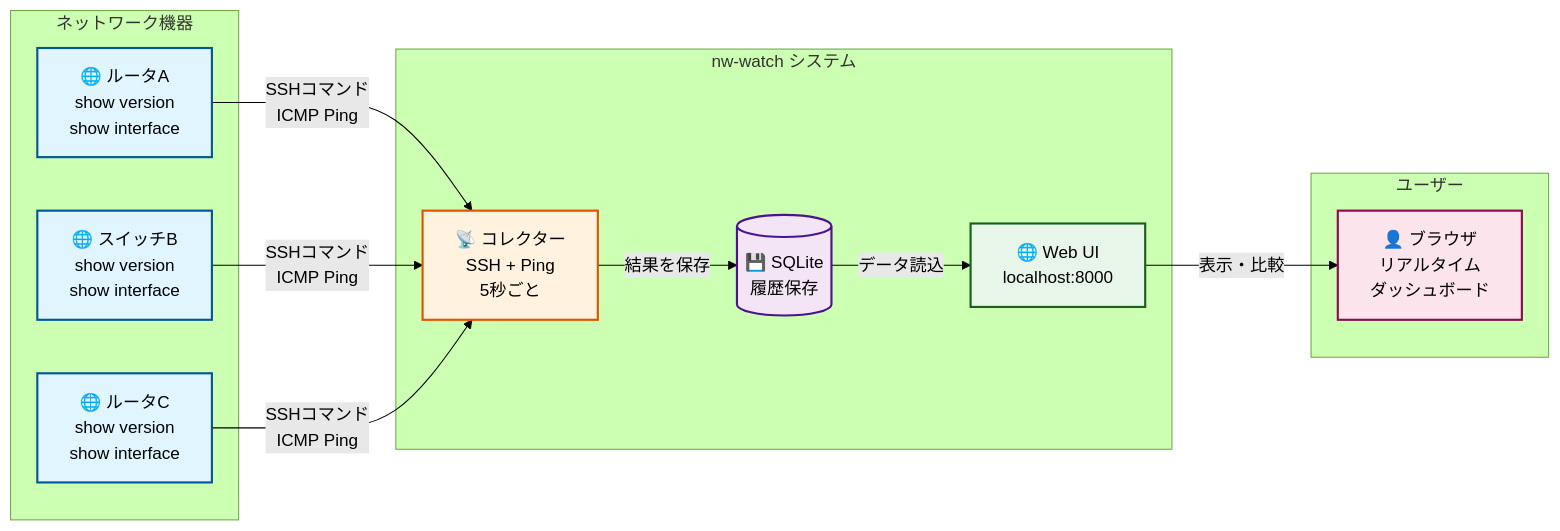
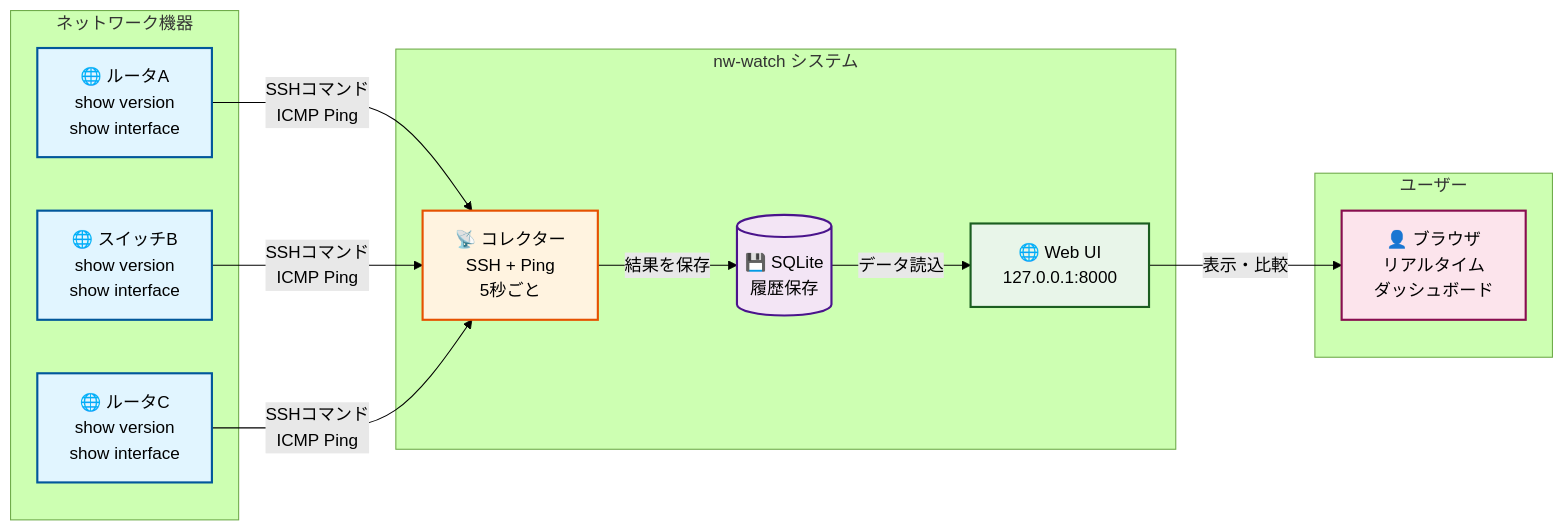
One commit to icecake0141/nw-watch changed the diagram in docs/README.ja.md. Above: the diagram before and after it, drawn with Mermaid (forest theme). The commit also changed other lines of this file and 4 other files, not shown here.

````diff
--- a/docs/README.ja.md
+++ b/docs/README.ja.md
@@ -22,33 +22,33 @@
 ```mermaid
 graph LR
     subgraph "ネットワーク機器"
         D1[🌐 ルータA<br/>show version<br/>show interface]
         D2[🌐 スイッチB<br/>show version<br/>show interface]
         D3[🌐 ルータC<br/>show version<br/>show interface]
     end
     
     subgraph "nw-watch システム"
         C[📡 コレクター<br/>SSH + Ping<br/>5秒ごと]
         DB[(💾 SQLite<br/>履歴保存)]
-        W[🌐 Web UI<br/>localhost:8000]
+        W[🌐 Web UI<br/>127.0.0.1:8000]
     end
     
     subgraph "ユーザー"
         B[👤 ブラウザ<br/>リアルタイム<br/>ダッシュボード]
     end
     
     D1 -->|SSHコマンド<br/>ICMP Ping| C
     D2 -->|SSHコマンド<br/>ICMP Ping| C
     D3 -->|SSHコマンド<br/>ICMP Ping| C
     C -->|結果を保存| DB
     DB -->|データ読込| W
     W -->|表示・比較| B
     
     style D1 fill:#e1f5ff,stroke:#01579b,stroke-width:2px
     style D2 fill:#e1f5ff,stroke:#01579b,stroke-width:2px
     style D3 fill:#e1f5ff,stroke:#01579b,stroke-width:2px
     style C fill:#fff3e0,stroke:#e65100,stroke-width:2px
     style DB fill:#f3e5f5,stroke:#4a148c,stroke-width:2px
     style W fill:#e8f5e9,stroke:#1b5e20,stroke-width:2px
     style B fill:#fce4ec,stroke:#880e4f,stroke-width:2px
 ```
````
